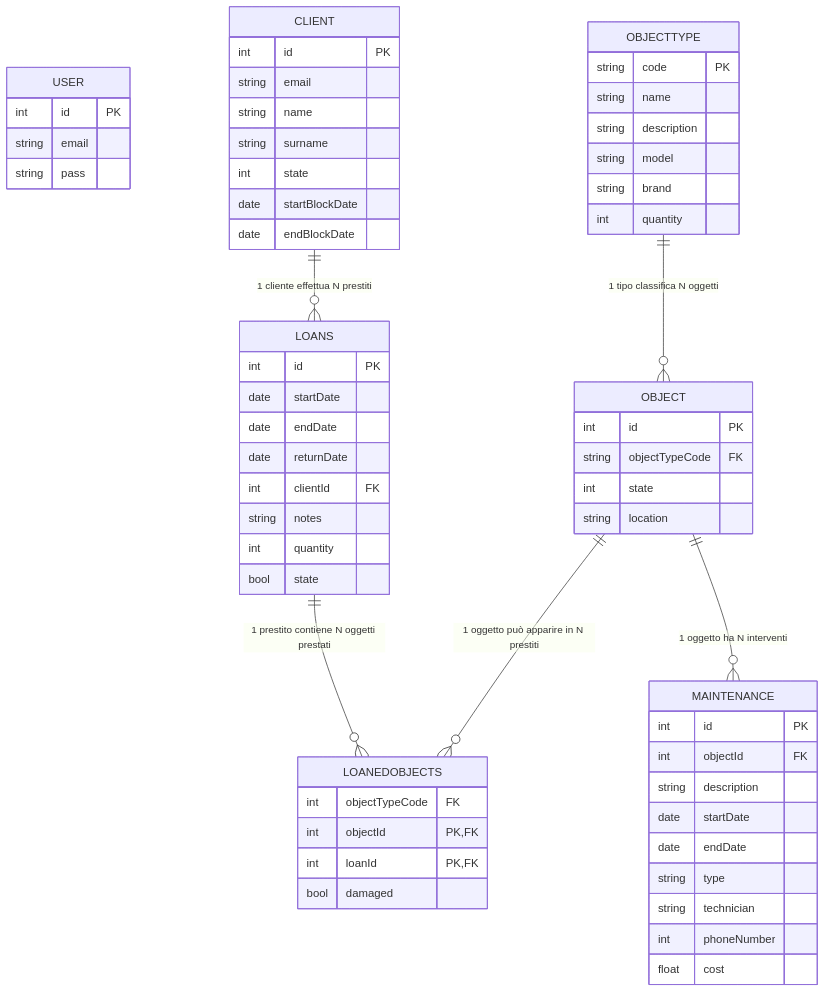
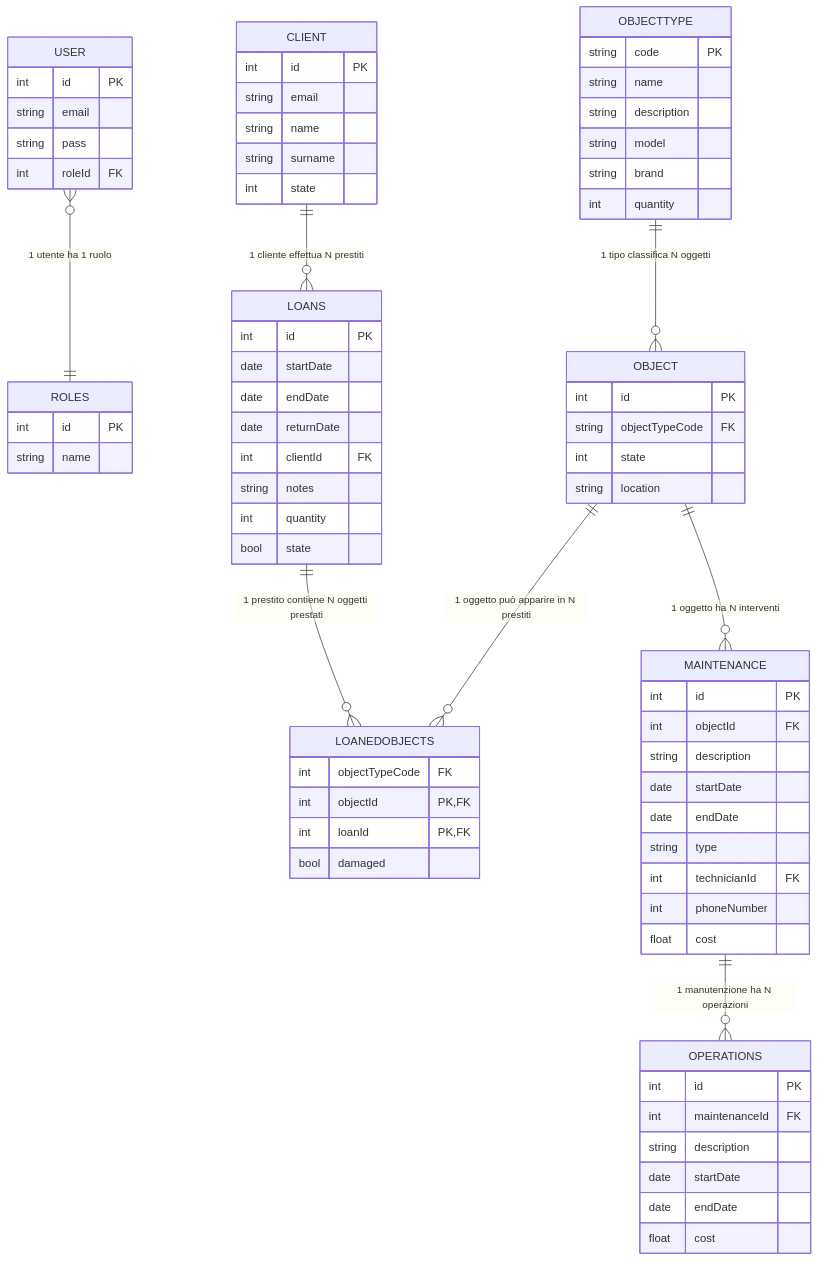
One commit to GalloFrancesco04/lab-inventory changed the diagram in docs/db.mmd. Above: the diagram before and after it, drawn with Mermaid.

Commit message:
docs: added roles, technician to the db scheme

```diff
--- a/docs/db.mmd
+++ b/docs/db.mmd
@@ -1,75 +1,92 @@
 erDiagram
 
     USER {
         int id PK
         string email
         string pass
+        int roleId FK
     }
 
     CLIENT {
         int id PK
         string email
         string name
         string surname
         int state
-        date startBlockDate
-        date endBlockDate
+    }
+
+    ROLES{
+        int id PK
+        string name
     }
 
     OBJECT {
         int id PK
         string objectTypeCode FK
         int state
         string location
     }
 
     OBJECTTYPE {
         string code PK
         string name
         string description
         string model
         string brand
         int quantity
     }
 
     LOANS {
         int id PK
         date startDate
         date endDate
         date returnDate
         int clientId FK
         string notes
         int quantity
         bool state
     }
 
     LOANEDOBJECTS {
         int objectTypeCode FK
         int objectId PK, FK
         int loanId PK, FK
         bool damaged
     }
 
     MAINTENANCE {
         int id PK
         int objectId FK
         string description
         date startDate
         date endDate
         string type
-        string technician
+        int technicianId FK
         int phoneNumber
         float cost
     }
+
+     OPERATIONS{
+        int id PK
+        int maintenanceId FK
+        string description
+        date startDate
+        date endDate
+        float cost
+     }
 
     %% RELAZIONI CON CARDINALITÀ FORMALI
 
     CLIENT ||--o{ LOANS : "1 cliente effettua N prestiti"
 
     LOANS ||--o{ LOANEDOBJECTS : "1 prestito contiene N oggetti prestati"
 
     OBJECTTYPE ||--o{ OBJECT : "1 tipo classifica N oggetti"
 
     OBJECT ||--o{ LOANEDOBJECTS : "1 oggetto può apparire in N prestiti"
 
     OBJECT ||--o{ MAINTENANCE : "1 oggetto ha N interventi"
+
+    MAINTENANCE || --o{ OPERATIONS : "1 manutenzione ha N operazioni"
+
+    USER }o--|| ROLES : "1 utente ha 1 ruolo"
```
